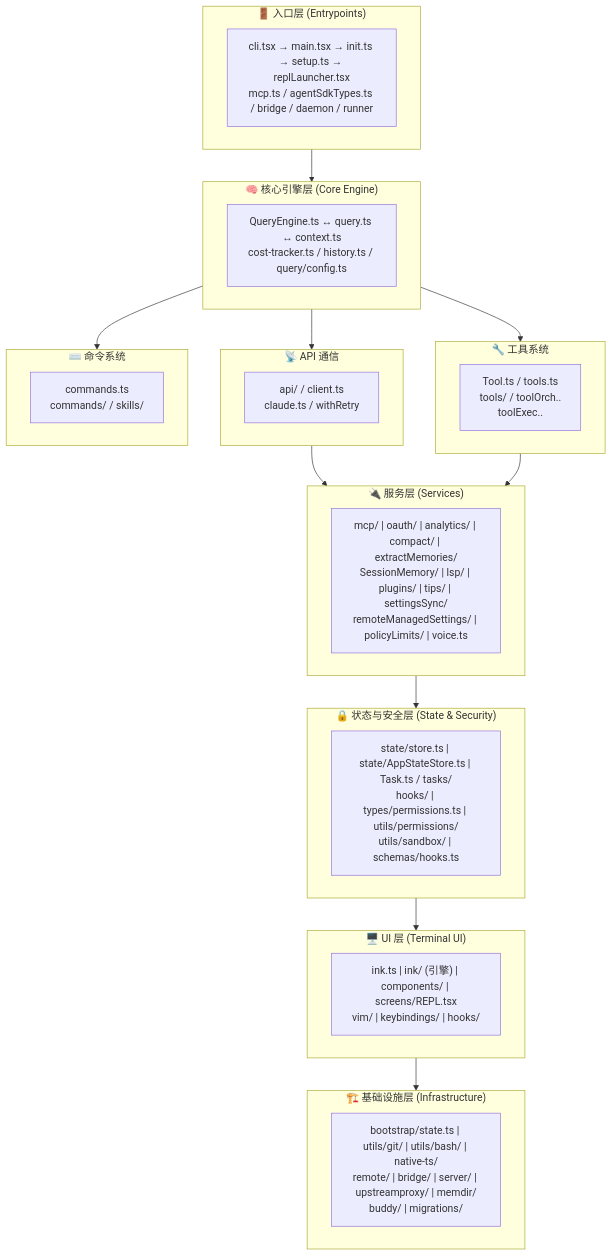
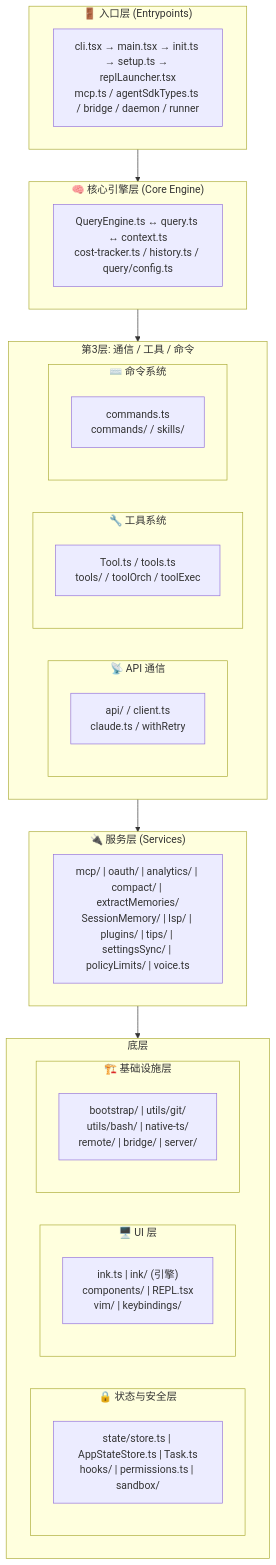
Before and after one commit to WSbaikaishui/claude-code-source-code: the tenth of 10 diagrams in docs/architecture/00-overview.md, drawn with Mermaid. The commit also changed other lines of this file and 73 other files, not shown here.

First line of the commit message:
Fix all Mermaid diagrams: restore semantics + fix dimensions

````diff
--- a/docs/architecture/00-overview.md
+++ b/docs/architecture/00-overview.md
@@ -366,48 +442,45 @@
 ```mermaid
 graph TD
     subgraph L1["🚪 入口层 (Entrypoints)"]
         ENT["cli.tsx → main.tsx → init.ts → setup.ts → replLauncher.tsx<br/>mcp.ts / agentSdkTypes.ts / bridge / daemon / runner"]
     end
 
     subgraph L2["🧠 核心引擎层 (Core Engine)"]
         CORE["QueryEngine.ts ↔ query.ts ↔ context.ts<br/>cost-tracker.ts / history.ts / query/config.ts"]
     end
 
-    subgraph L3A["📡 API 通信"]
-        API_MOD["api/ / client.ts<br/>claude.ts / withRetry"]
-    end
-
-    subgraph L3B["🔧 工具系统"]
-        TOOL_MOD["Tool.ts / tools.ts<br/>tools/ / toolOrch..<br/>toolExec.."]
-    end
-
-    subgraph L3C["⌨️ 命令系统"]
-        CMD_MOD["commands.ts<br/>commands/ / skills/"]
+    subgraph L3["第3层: 通信 / 工具 / 命令"]
+        direction LR
+        subgraph L3A["📡 API 通信"]
+            API_MOD["api/ / client.ts<br/>claude.ts / withRetry"]
+        end
+        subgraph L3B["🔧 工具系统"]
+            TOOL_MOD["Tool.ts / tools.ts<br/>tools/ / toolOrch / toolExec"]
+        end
+        subgraph L3C["⌨️ 命令系统"]
+            CMD_MOD["commands.ts<br/>commands/ / skills/"]
+        end
     end
 
     subgraph L4["🔌 服务层 (Services)"]
-        SVC_MOD["mcp/ | oauth/ | analytics/ | compact/ | extractMemories/<br/>SessionMemory/ | lsp/ | plugins/ | tips/ | settingsSync/<br/>remoteManagedSettings/ | policyLimits/ | voice.ts"]
+        SVC_MOD["mcp/ | oauth/ | analytics/ | compact/ | extractMemories/<br/>SessionMemory/ | lsp/ | plugins/ | tips/ | settingsSync/ | policyLimits/ | voice.ts"]
     end
 
-    subgraph L5["🔒 状态与安全层 (State & Security)"]
-        STATE_MOD["state/store.ts | state/AppStateStore.ts | Task.ts / tasks/<br/>hooks/ | types/permissions.ts | utils/permissions/<br/>utils/sandbox/ | schemas/hooks.ts"]
-    end
-
-    subgraph L6["🖥️ UI 层 (Terminal UI)"]
-        UI_MOD["ink.ts | ink/ (引擎) | components/ | screens/REPL.tsx<br/>vim/ | keybindings/ | hooks/"]
-    end
-
-    subgraph L7["🏗️ 基础设施层 (Infrastructure)"]
-        INFRA_MOD["bootstrap/state.ts | utils/git/ | utils/bash/ | native-ts/<br/>remote/ | bridge/ | server/ | upstreamproxy/ | memdir/<br/>buddy/ | migrations/"]
+    subgraph BOTTOM["底层"]
+        direction LR
+        subgraph L5["🔒 状态与安全层"]
+            STATE_MOD["state/store.ts | AppStateStore.ts | Task.ts<br/>hooks/ | permissions.ts | sandbox/"]
+        end
+        subgraph L6["🖥️ UI 层"]
+            UI_MOD["ink.ts | ink/ (引擎)<br/>components/ | REPL.tsx<br/>vim/ | keybindings/"]
+        end
+        subgraph L7["🏗️ 基础设施层"]
+            INFRA_MOD["bootstrap/ | utils/git/<br/>utils/bash/ | native-ts/<br/>remote/ | bridge/ | server/"]
+        end
     end
 
     L1 --> L2
-    L2 --> L3A
-    L2 --> L3B
-    L2 --> L3C
-    L3A --> L4
-    L3B --> L4
-    L4 --> L5
-    L5 --> L6
-    L6 --> L7
+    L2 --> L3
+    L3 --> L4
+    L4 --> BOTTOM
 ```
````
